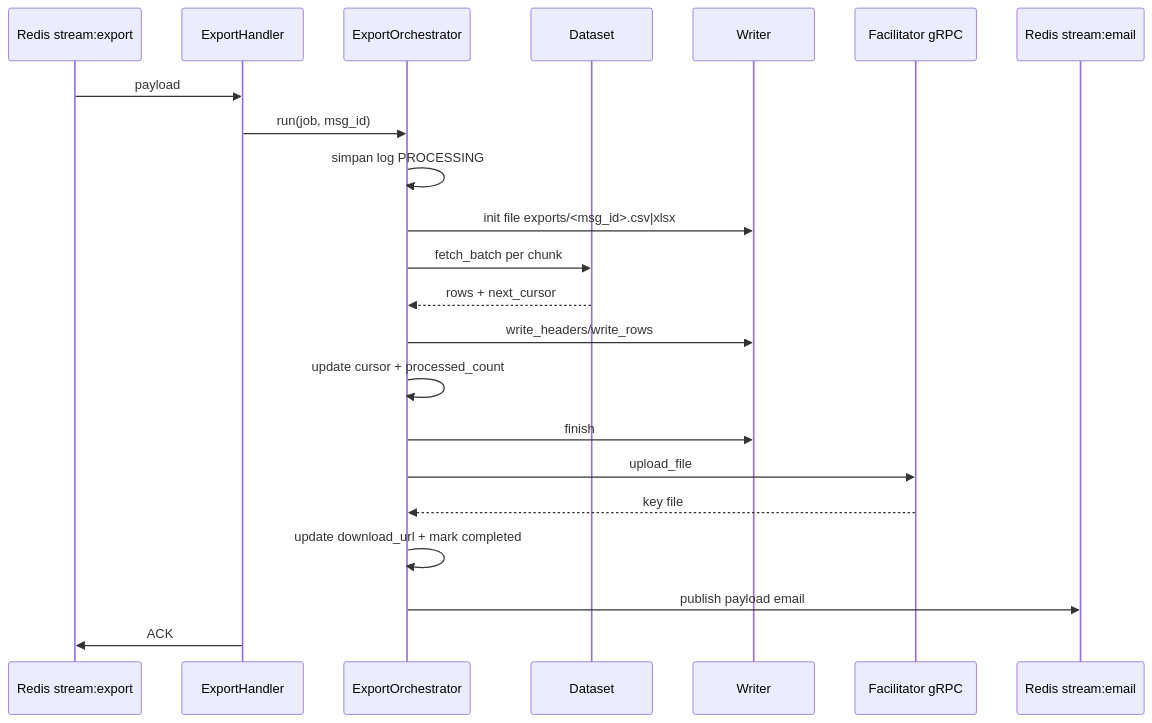
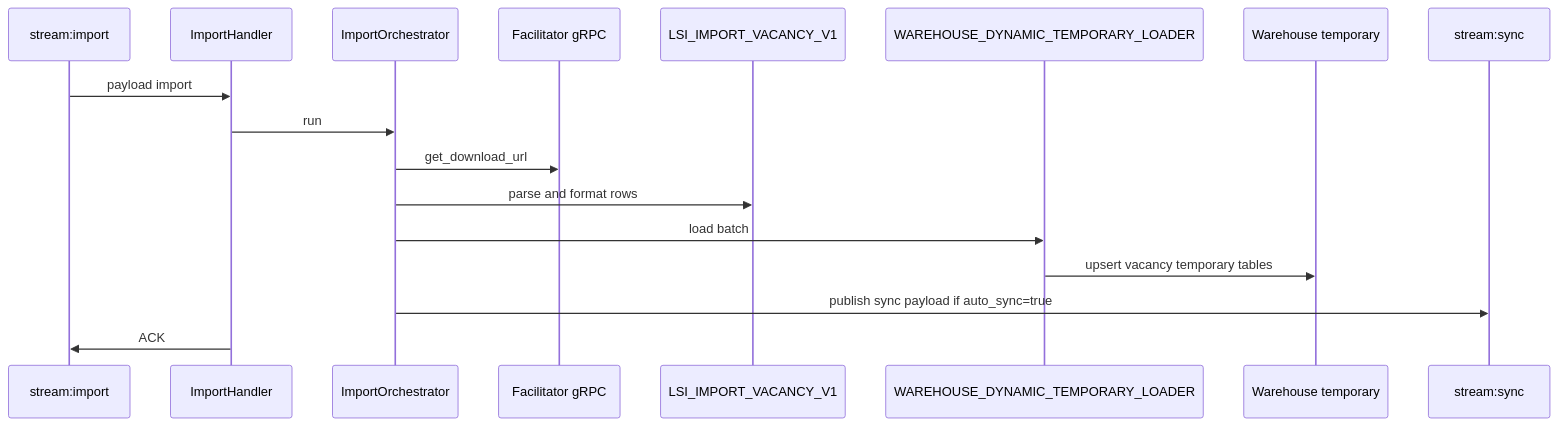
One commit to YourMasterIsFool/worker-exporter changed the second of 3 diagrams in ARCHITECTURE.MD. Above: the diagram before and after it, drawn with Mermaid. The commit also changed other lines of this file and 2 other files, not shown here.

Commit message:
feat(WORKER-TECHS-4717): adding logging_id into import oltp

````diff
--- a/ARCHITECTURE.MD
+++ b/ARCHITECTURE.MD
@@ -172,25 +598,20 @@
 ```mermaid
 sequenceDiagram
-    participant R as Redis stream:export
-    participant H as ExportHandler
-    participant O as ExportOrchestrator
-    participant D as Dataset
-    participant W as Writer
+    participant R as stream:import
+    participant H as ImportHandler
+    participant O as ImportOrchestrator
     participant G as Facilitator gRPC
-    participant E as Redis stream:email
+    participant D as LSI_IMPORT_VACANCY_V1
+    participant L as WAREHOUSE_DYNAMIC_TEMPORARY_LOADER
+    participant W as Warehouse temporary
+    participant S as stream:sync
 
-    R->>H: payload
-    H->>O: run(job, msg_id)
-    O->>O: simpan log PROCESSING
-    O->>W: init file exports/<msg_id>.csv|xlsx
-    O->>D: fetch_batch per chunk
-    D-->>O: rows + next_cursor
-    O->>W: write_headers/write_rows
-    O->>O: update cursor + processed_count
-    O->>W: finish
-    O->>G: upload_file
-    G-->>O: key file
-    O->>O: update download_url + mark completed
-    O->>E: publish payload email
+    R->>H: payload import
+    H->>O: run
+    O->>G: get_download_url
+    O->>D: parse and format rows
+    O->>L: load batch
+    L->>W: upsert vacancy temporary tables
+    O->>S: publish sync payload if auto_sync=true
     H->>R: ACK
 ```
````
